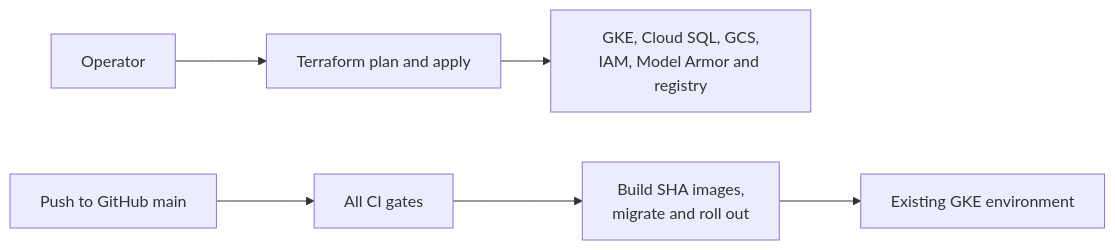
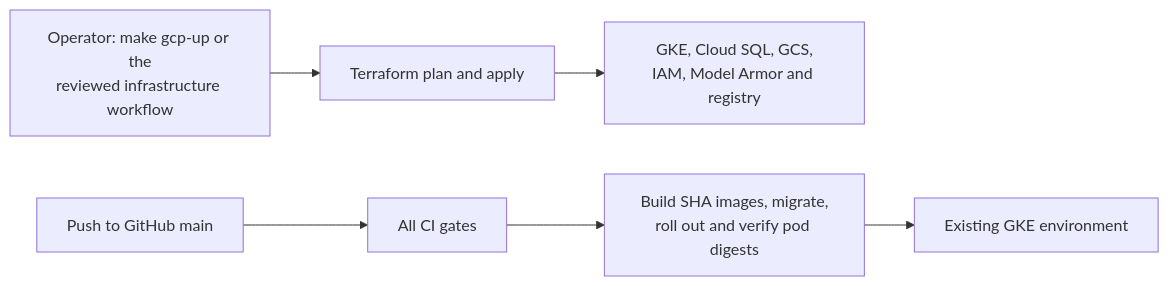
Before and after one commit to Gaurang140/agentcare: the diagram in docs/deployment-gcp.md, drawn with Mermaid. The commit also changed other lines of this file and 14 other files, not shown here.

First line of the commit message:
harden ci/cd: infrastructure workflow, immutable tags, operator makefile

````diff
--- a/docs/deployment-gcp.md
+++ b/docs/deployment-gcp.md
@@ -22,8 +23,8 @@
 ```mermaid
 flowchart LR
-    OP["Operator"] --> TF["Terraform plan and apply"]
+    OP["Operator: make gcp-up or the<br/>reviewed infrastructure workflow"] --> TF["Terraform plan and apply"]
     TF --> INFRA["GKE, Cloud SQL, GCS,<br/>IAM, Model Armor and registry"]
     DEV["Push to GitHub main"] --> CI["All CI gates"]
-    CI --> CD["Build SHA images,<br/>migrate and roll out"]
+    CI --> CD["Build SHA images, migrate,<br/>roll out and verify pod digests"]
     CD --> GKE["Existing GKE environment"]
 ```
````
